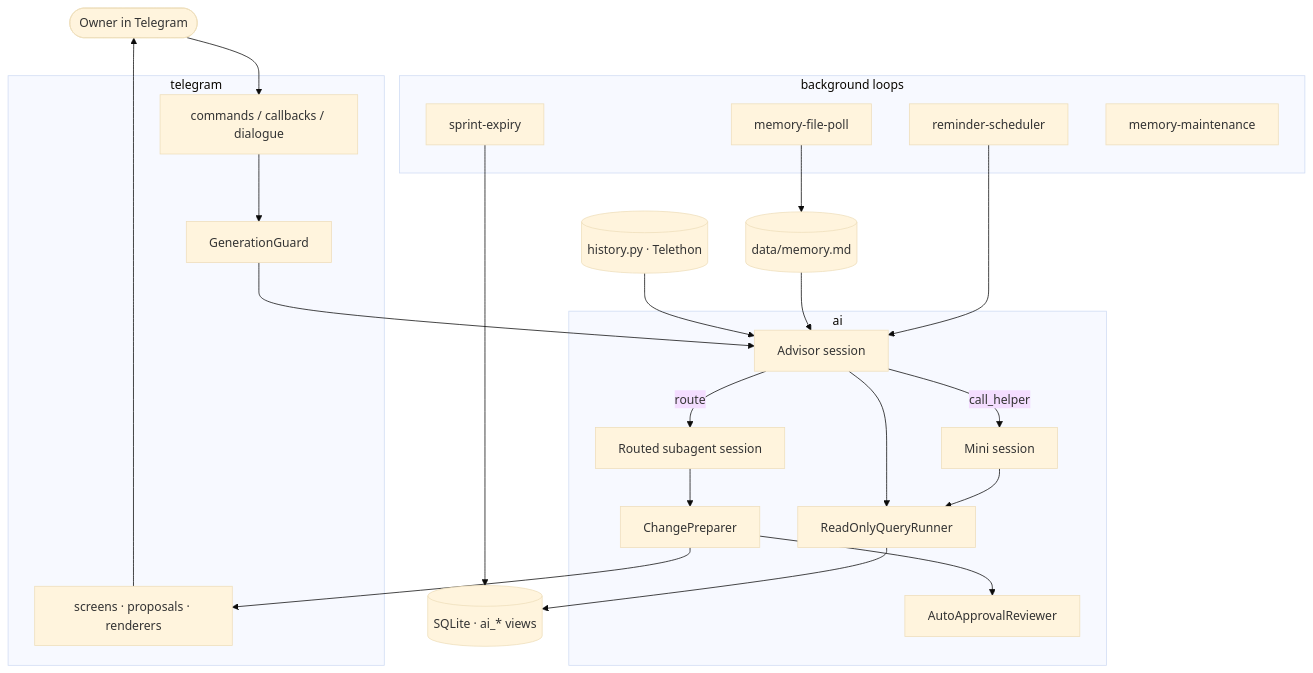
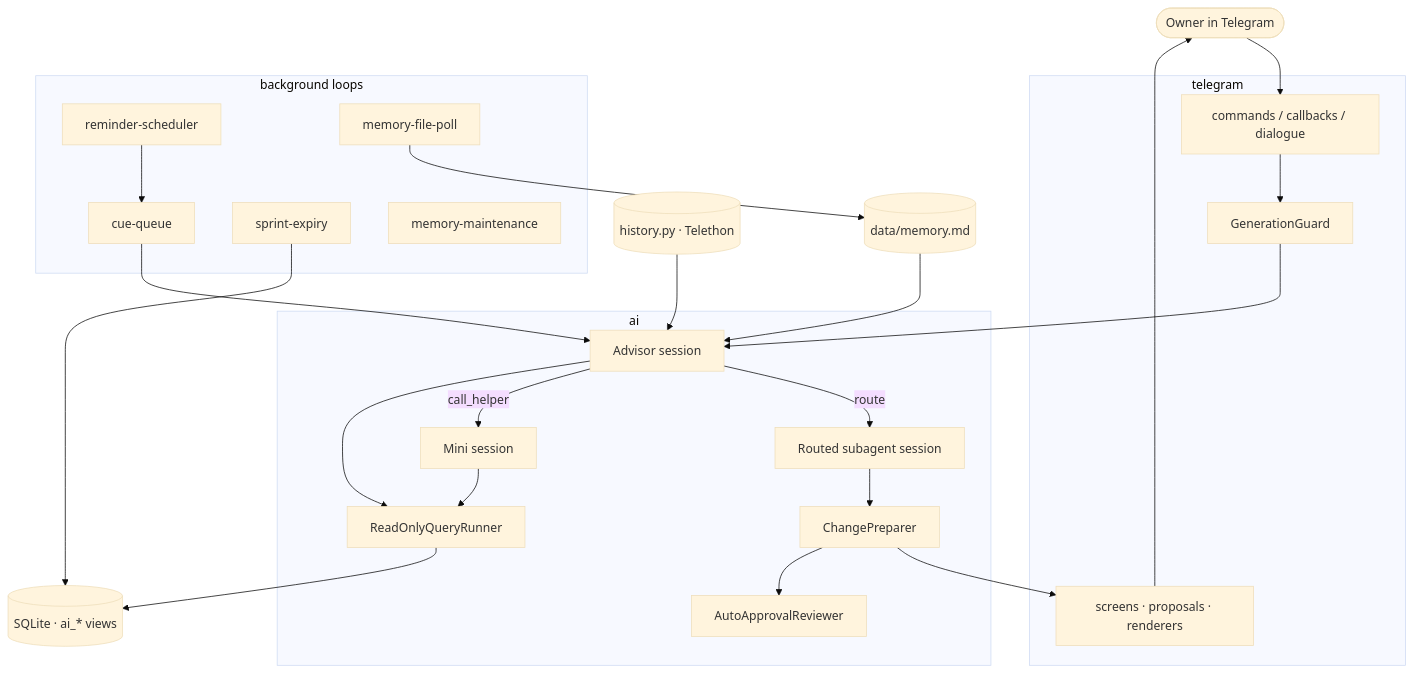
Before and after one commit to myvaheed/tg-ai-safwa: the first of 10 diagrams in docs/AGENT_ARCH.md, drawn with Mermaid (base theme). The commit also changed other lines of this file and 27 other files, not shown here.

````diff
--- a/docs/AGENT_ARCH.md
+++ b/docs/AGENT_ARCH.md
@@ -10,39 +10,41 @@
 ```mermaid
 flowchart TB
     OWNER([Owner in Telegram])
     subgraph TG[telegram]
         HANDLERS[commands / callbacks / dialogue]
         GUARD[GenerationGuard]
         SCREENS[screens · proposals · renderers]
     end
     subgraph AI[ai]
         ADV[Advisor session]
         SUB[Routed subagent session]
         MINI[Mini session]
         PREP[ChangePreparer]
         AUTO[AutoApprovalReviewer]
         SQL[ReadOnlyQueryRunner]
     end
     subgraph BG[background loops]
+        CUE[cue-queue]
         REM[reminder-scheduler]
         SPR[sprint-expiry]
         MEMP[memory-file-poll]
         MEMM[memory-maintenance]
     end
     HIST[(history.py · Telethon)]
     MEM[(data/memory.md)]
     DB[(SQLite · ai_* views)]
 
     OWNER --> HANDLERS --> GUARD --> ADV
     ADV -->|route| SUB
     ADV -->|call_helper| MINI
     SUB --> PREP --> SCREENS --> OWNER
     PREP --> AUTO
     ADV --> SQL --> DB
     MINI --> SQL
     HIST --> ADV
     MEM --> ADV
-    REM --> ADV
+    CUE --> ADV
+    REM --> CUE
     SPR --> DB
     MEMP --> MEM
 ```
````
